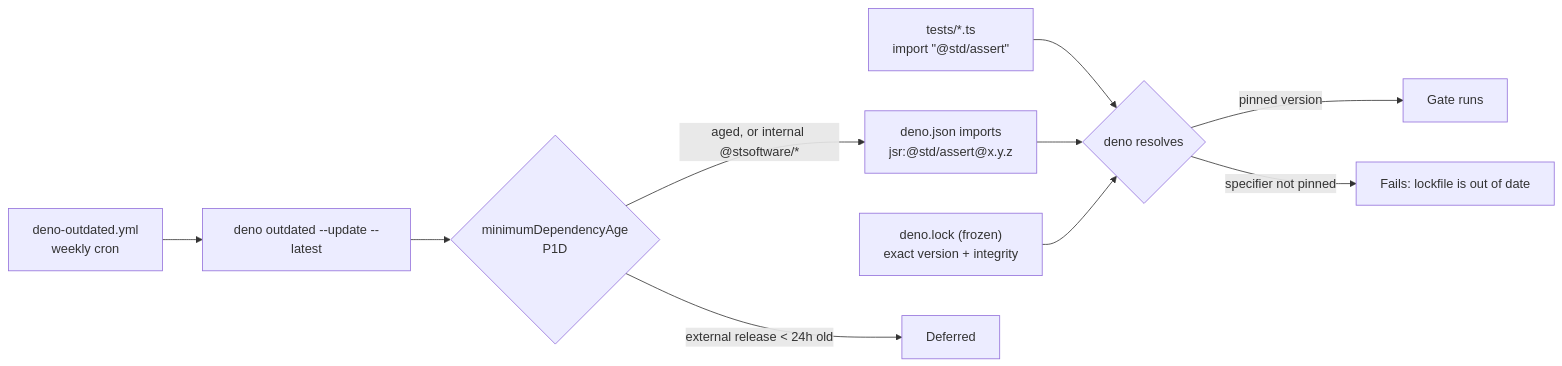
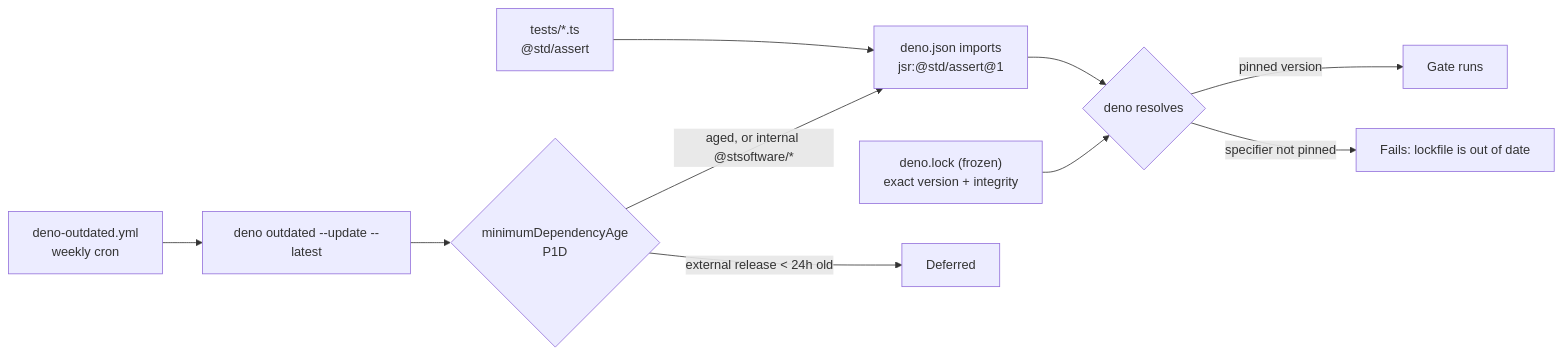
Before and after one commit to stSoftwareAU/NEAT-AI-core: diagram 25 of 26 in README.md, drawn with Mermaid. The commit also changed other lines of this file and 21 other files, not shown here.

````diff
--- a/README.md
+++ b/README.md
@@ -1654,12 +1668,12 @@
 ```mermaid
 flowchart LR
-    Src["tests/*.ts<br/>import &quot;@std/assert&quot;"] --> Res{deno resolves}
-    Map["deno.json imports<br/>jsr:@std/assert@x.y.z"] --> Res
+    Src["tests/*.ts<br/>@std/assert"] --> Map["deno.json imports<br/>jsr:@std/assert@1"]
+    Map --> Res{deno resolves}
     Lock["deno.lock (frozen)<br/>exact version + integrity"] --> Res
     Res -->|pinned version| Pass[Gate runs]
     Res -->|specifier not pinned| Fail["Fails: lockfile is out of date"]
     Cron["deno-outdated.yml<br/>weekly cron"] --> Bump["deno outdated --update --latest"]
     Bump --> Age{"minimumDependencyAge<br/>P1D"}
     Age -->|"external release &lt; 24h old"| Defer[Deferred]
     Age -->|"aged, or internal @stsoftware/*"| Map
 ```
````
